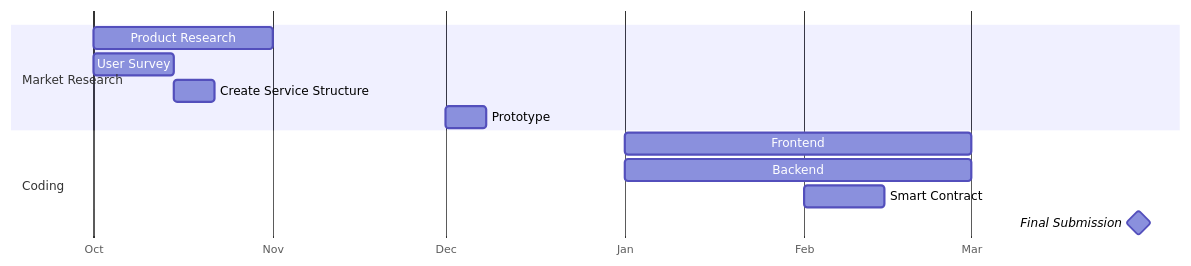
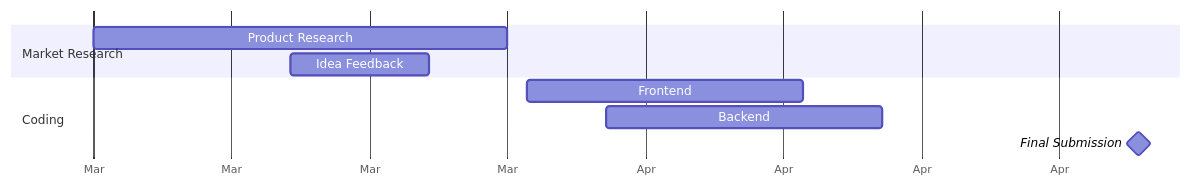
Before and after one commit to e-yang08/Heptapod: the second of 2 diagrams in README.md, drawn with Mermaid. The commit also changed other lines of this file, not shown here.

````diff
--- a/README.md
+++ b/README.md
@@ -210,20 +171,15 @@
 ```mermaid
 gantt
     dateFormat YYYY-MM
         axisFormat %b
         
     section Market Research
-        Product Research:a1, 2023-10, 1M
-        User Survey :a2,2023-10, 2w
-        Create Service Structure :after a2 2023-11, 1w
-         Prototype : 2023-12, 1w
-    
+        Product Research:a1, 2024-03-10, 3w
+        Idea Feedback: 2024-03-20, 1w
         
     section Coding
-        Frontend : 2024-01, 2M
-        Backend :2024-01, 2M
-        Smart Contract : 2024-02, 2w
+        Frontend : 2024-04-01, 2w
+        Backend :2024-04-05, 2w
         
-    Final Submission: milestone, m1, 2024-03-30, 1m
-
+    Final Submission: milestone, m1, 2024-05-02, 1m
 ```
````
